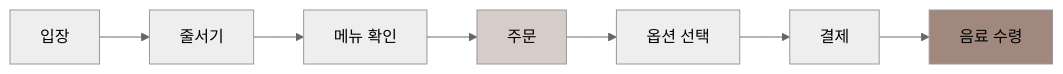
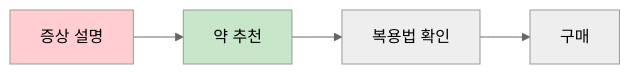
Before and after one commit to Collegenie-X/AI-English: diagram 18 of 26 in 영어_일상_회화/travel-english-conversations.md, drawn with Mermaid (neutral theme). The commit also changed other lines of this file and 43 other files, not shown here.

````diff
--- a/영어_일상_회화/travel-english-conversations.md
+++ b/영어_일상_회화/travel-english-conversations.md
@@ -573,12 +1849,9 @@
 ```mermaid
 flowchart LR
-    A[입장] --> B[줄서기]
-    B --> C[메뉴 확인]
-    C --> D[주문]
-    D --> E[옵션 선택]
-    E --> F[결제]
-    F --> G[음료 수령]
+    A[증상 설명] --> B[약 추천]
+    B --> C[복용법 확인]
+    C --> D[구매]
     
-    style D fill:#d7ccc8
-    style G fill:#a1887f
+    style A fill:#ffcdd2
+    style B fill:#c8e6c9
 ```
````
